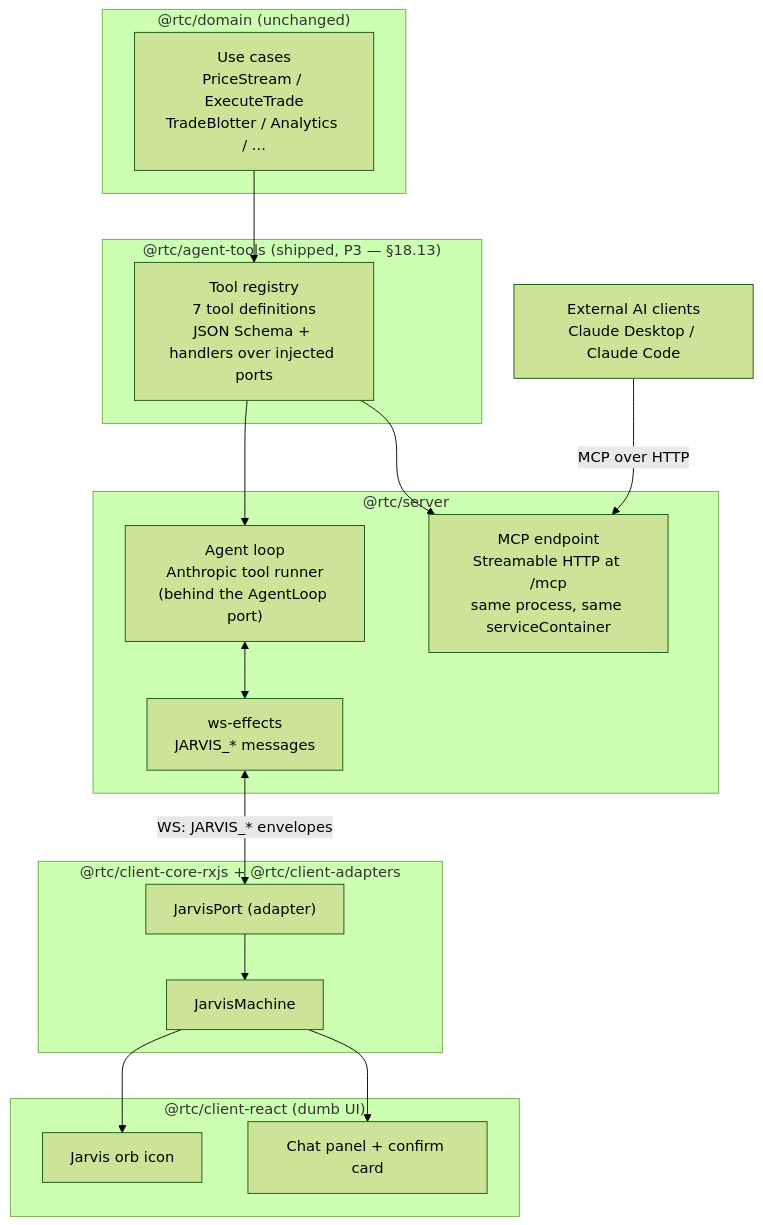
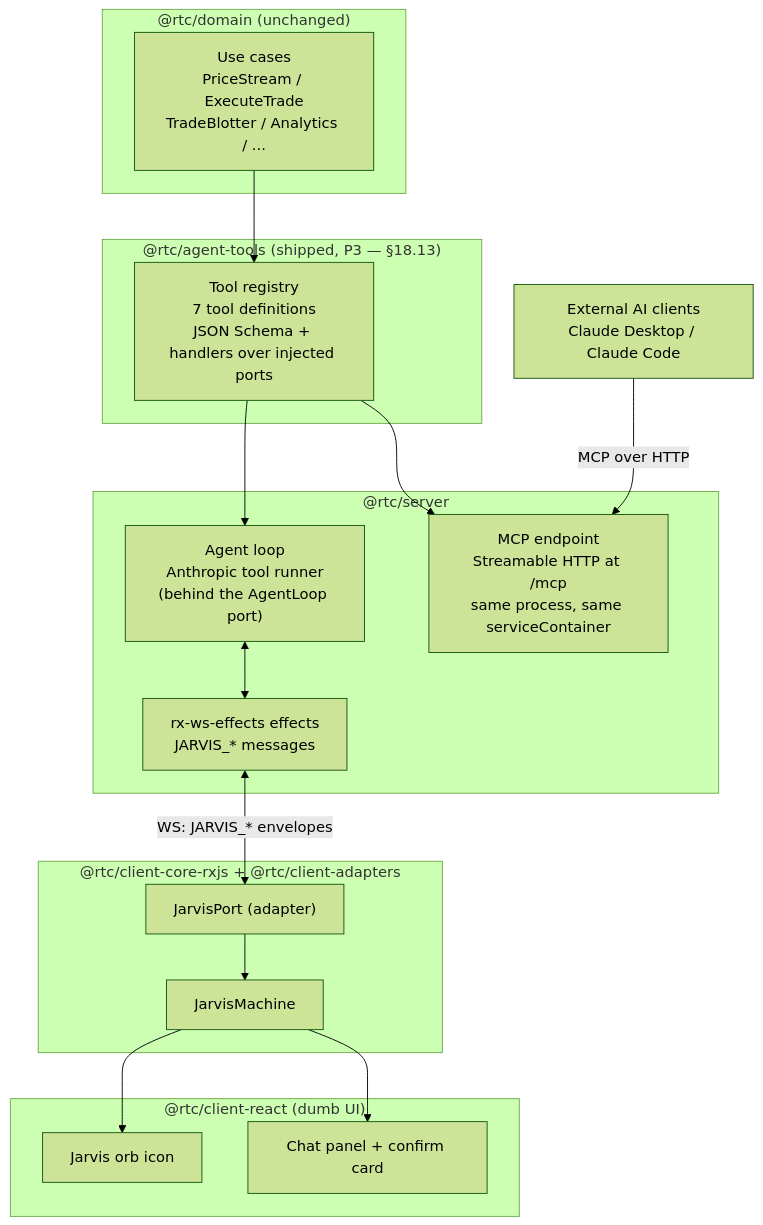
Before and after one commit to bettersoftware-io/ReactiveTraderCloudClone: the first of 9 diagrams in docs/architecture/18-jarvis-ai-agent-surface.md, drawn with Mermaid (forest theme). The commit also changed other lines of this file and 73 other files, not shown here.

````diff
--- a/docs/architecture/18-jarvis-ai-agent-surface.md
+++ b/docs/architecture/18-jarvis-ai-agent-surface.md
@@ -66,38 +66,38 @@
 ```mermaid
 flowchart TD
     subgraph domain["@rtc/domain (unchanged)"]
         UC["Use cases<br/>PriceStream / ExecuteTrade<br/>TradeBlotter / Analytics / ..."]
     end
 
     subgraph tools["@rtc/agent-tools (shipped, P3 — §18.13)"]
         REG["Tool registry<br/>7 tool definitions<br/>JSON Schema + handlers over injected ports"]
     end
 
     subgraph server["@rtc/server"]
         LOOP["Agent loop<br/>Anthropic tool runner<br/>(behind the AgentLoop port)"]
         MCPX["MCP endpoint<br/>Streamable HTTP at /mcp<br/>same process, same serviceContainer"]
-        EFF["ws-effects<br/>JARVIS_* messages"]
+        EFF["rx-ws-effects effects<br/>JARVIS_* messages"]
     end
 
     subgraph core["@rtc/client-core-rxjs + @rtc/client-adapters"]
         JPORT["JarvisPort (adapter)"]
         JM["JarvisMachine"]
     end
 
     subgraph ui["@rtc/client-react (dumb UI)"]
         ICON["Jarvis orb icon"]
         PANEL["Chat panel + confirm card"]
     end
 
     EXT["External AI clients<br/>Claude Desktop / Claude Code"]
 
     UC --> REG
     REG --> LOOP
     REG --> MCPX
     EXT -- "MCP over HTTP" --> MCPX
     LOOP <--> EFF
     EFF <-- "WS: JARVIS_* envelopes" --> JPORT
     JPORT --> JM
     JM --> ICON
     JM --> PANEL
 ```
````
